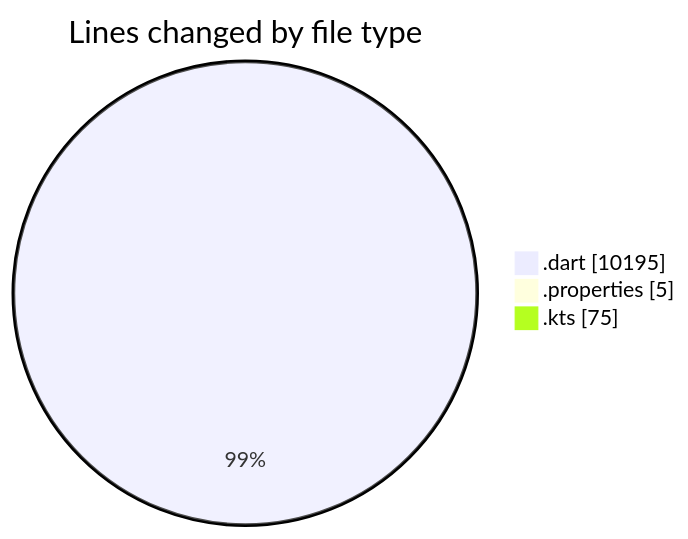
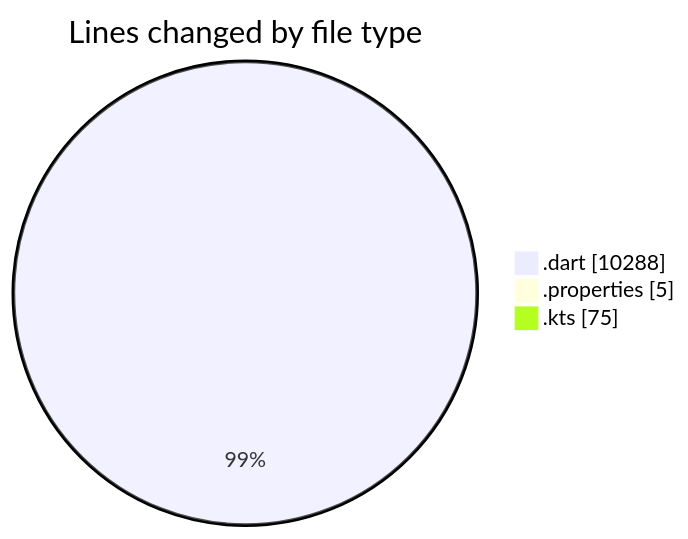
The first of 2 diagrams in 2025-08-25/studybuddy/README.md (lephambinh05/code-tracking), drawn with Mermaid before and after one commit. The commit also changed other lines of this file and 1 other file, not shown here.

````diff
--- a/2025-08-25/studybuddy/README.md
+++ b/2025-08-25/studybuddy/README.md
@@ -48,7 +48,7 @@
 ```mermaid
 pie showData
 title Lines changed by file type
-".dart" : 10195
+".dart" : 10288
 ".properties" : 5
 ".kts" : 75
 ```
````
